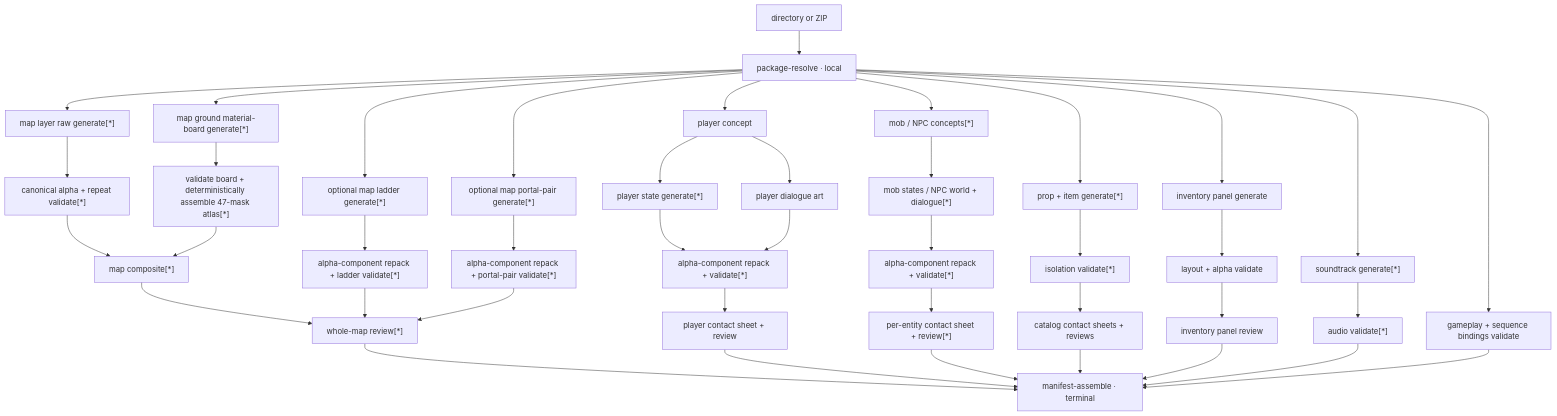
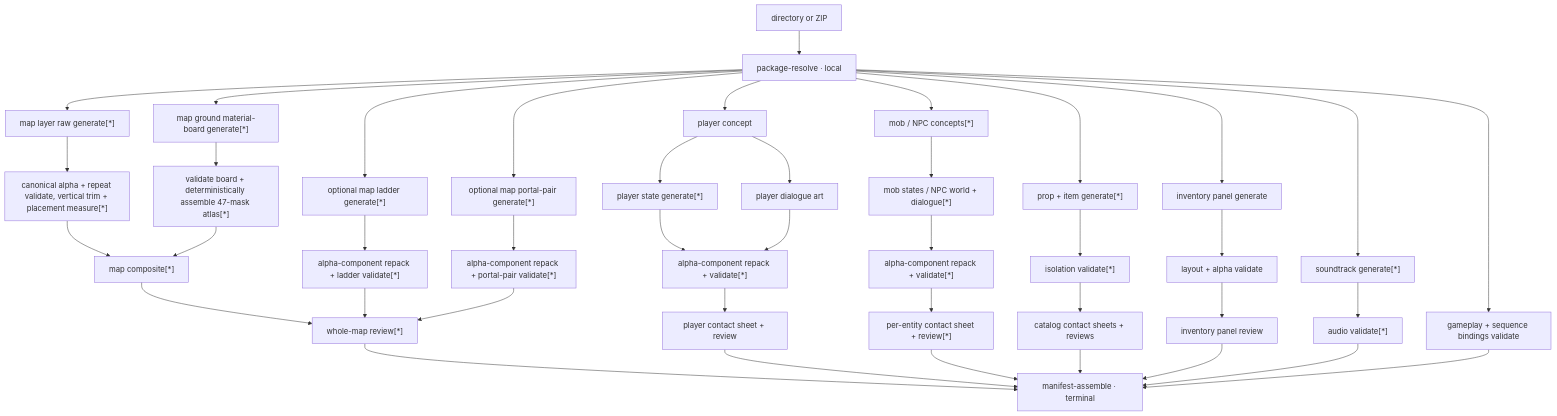
One commit to softmarshmallow/stage-gen changed the diagram in docs/spec/game/generation-pipeline.md. Above: the diagram before and after it, drawn with Mermaid. The commit also changed other lines of this file and 55 other files, not shown here.

````diff
--- a/docs/spec/game/generation-pipeline.md
+++ b/docs/spec/game/generation-pipeline.md
@@ -39,50 +39,50 @@
 ```mermaid
 flowchart TD
     PKG["directory or ZIP"] --> PR["package-resolve · local"]
 
     PR --> ML["map layer raw generate[*]"]
     PR --> MG["map ground material-board generate[*]"]
-    ML --> MLV["canonical alpha + repeat validate[*]"]
+    ML --> MLV["canonical alpha + repeat validate, vertical trim + placement measure[*]"]
     MG --> MGV["validate board + deterministically assemble 47-mask atlas[*]"]
     PR --> LG["optional map ladder generate[*]"]
     PR --> PG["optional map portal-pair generate[*]"]
     MLV --> MC["map composite[*]"]
     MGV --> MC
     LG --> LGV["alpha-component repack + ladder validate[*]"]
     PG --> PGV["alpha-component repack + portal-pair validate[*]"]
     MC --> MR["whole-map review[*]"]
     LGV --> MR
     PGV --> MR
 
     PR --> PC["player concept"]
     PC --> PS["player state generate[*]"]
     PC --> PD["player dialogue art"]
     PS --> PV["alpha-component repack + validate[*]"]
     PD --> PV
     PV --> PCR["player contact sheet + review"]
 
     PR --> XC["mob / NPC concepts[*]"]
     XC --> XS["mob states / NPC world + dialogue[*]"]
     XS --> XV["alpha-component repack + validate[*]"]
     XV --> XR["per-entity contact sheet + review[*]"]
 
     PR --> PI["prop + item generate[*]"]
     PI --> PIV["isolation validate[*]"]
     PIV --> PIR["catalog contact sheets + reviews"]
 
     PR --> UI["inventory panel generate"]
     UI --> UIV["layout + alpha validate"]
     UIV --> UIR["inventory panel review"]
 
     PR --> ST["soundtrack generate[*]"]
     ST --> STV["audio validate[*]"]
     PR --> GB["gameplay + sequence bindings validate"]
 
     MR --> MF["manifest-assemble · terminal"]
     PCR --> MF
     XR --> MF
     PIR --> MF
     UIR --> MF
     STV --> MF
     GB --> MF
 ```
````
